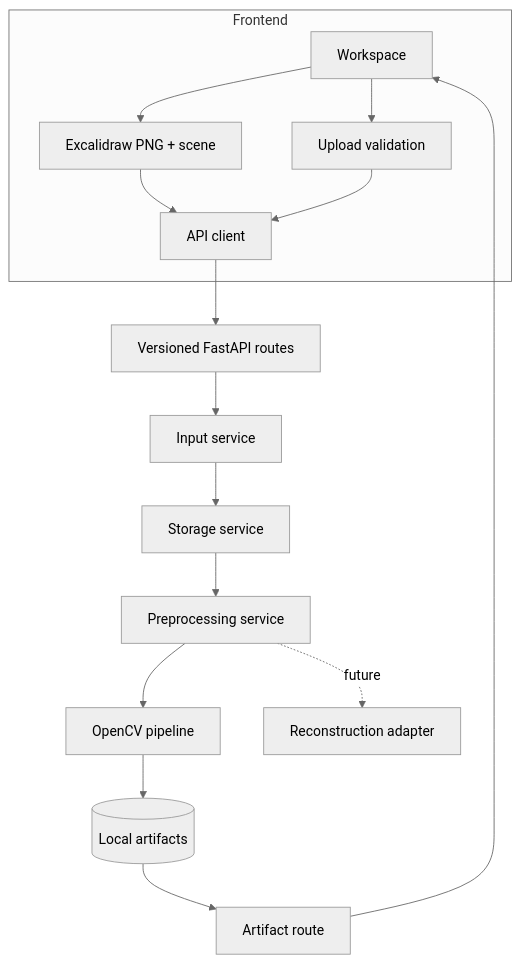
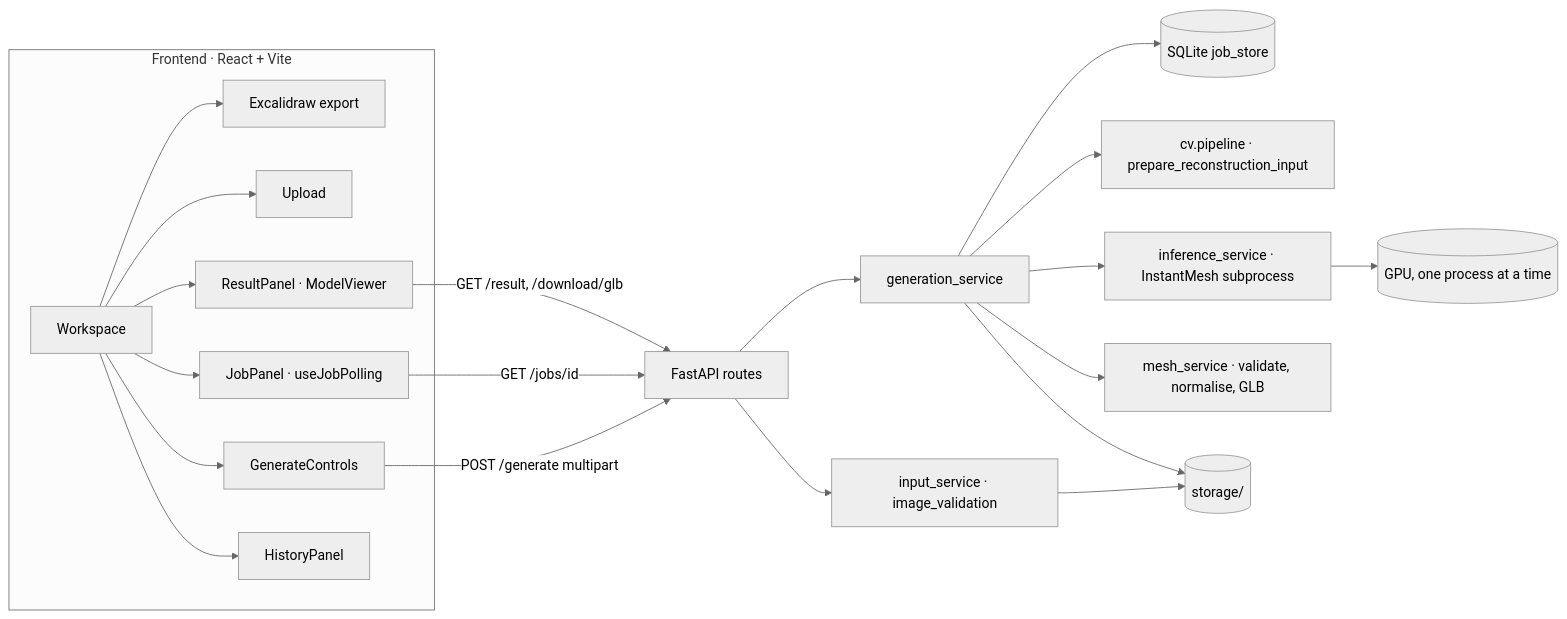
One commit to anmolkamath22/ML_HACKATHON changed the diagram in docs/ARCHITECTURE.md. Above: the diagram before and after it, drawn with Mermaid (neutral theme). The commit also changed other lines of this file and 50 other files, not shown here.

````diff
--- a/docs/ARCHITECTURE.md
+++ b/docs/ARCHITECTURE.md
@@ -5,18 +3,23 @@
 ```mermaid
-flowchart TB
- subgraph UI[Frontend]
-  W[Workspace] --> E[Excalidraw PNG + scene]
-  W --> U[Upload validation]
-  E --> C[API client]
-  U --> C
+flowchart LR
+ subgraph UI[Frontend · React + Vite]
+  W[Workspace] --> E[Excalidraw export]
+  W --> U[Upload]
+  W --> G[GenerateControls]
+  W --> J[JobPanel · useJobPolling]
+  W --> R[ResultPanel · ModelViewer]
+  W --> H[HistoryPanel]
  end
- C --> R[Versioned FastAPI routes]
- R --> IS[Input service]
- IS --> SS[Storage service]
- SS --> PS[Preprocessing service]
- PS --> CV[OpenCV pipeline]
- CV --> FS[(Local artifacts)]
- FS --> AR[Artifact route]
- AR --> W
- PS -. future .-> IM[Reconstruction adapter]
+ G -->|POST /generate multipart| API[FastAPI routes]
+ J -->|GET /jobs/id| API
+ R -->|GET /result, /download/glb| API
+ API --> IS[input_service · image_validation]
+ API --> GS[generation_service]
+ GS --> JS[(SQLite job_store)]
+ GS --> CV[cv.pipeline · prepare_reconstruction_input]
+ GS --> INF[inference_service · InstantMesh subprocess]
+ GS --> MS[mesh_service · validate, normalise, GLB]
+ INF --> GPU[(GPU, one process at a time)]
+ IS --> FS[(storage/)]
+ GS --> FS
 ```
````
